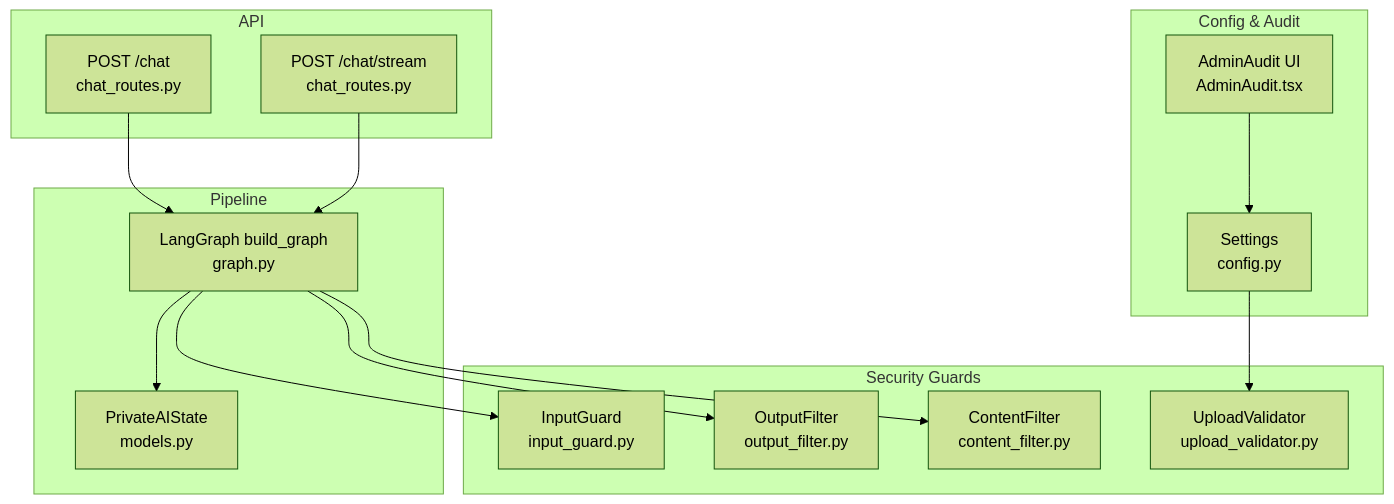
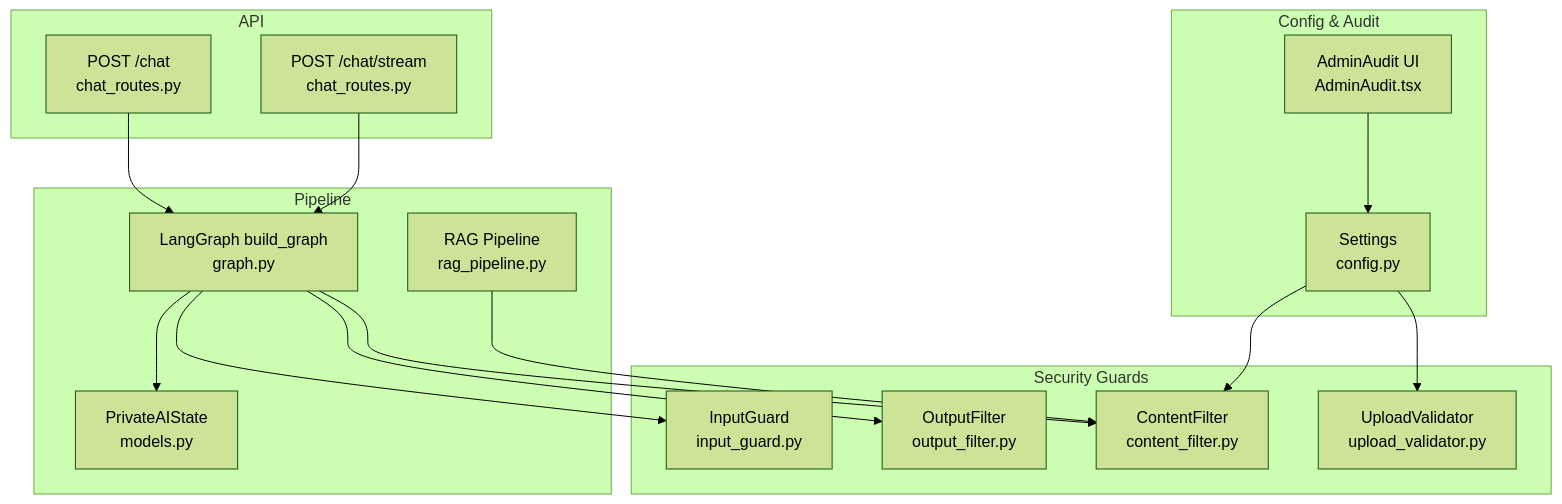
One commit to genes8/private-ai changed the first of 9 diagrams in .qoder/repowiki/en/content/Backend Development/Security and Middleware/Content Filtering.md. Above: the diagram before and after it, drawn with Mermaid (forest theme). The commit also changed other lines of this file and 55 other files, not shown here.

````diff
--- a/.qoder/repowiki/en/content/Backend Development/Security and Middleware/Content Filtering.md
+++ b/.qoder/repowiki/en/content/Backend Development/Security and Middleware/Content Filtering.md
@@ -41,29 +51,32 @@
 ```mermaid
 graph TB
 subgraph "Security Guards"
 IG["InputGuard<br/>input_guard.py"]
 OF["OutputFilter<br/>output_filter.py"]
 CF["ContentFilter<br/>content_filter.py"]
 UV["UploadValidator<br/>upload_validator.py"]
 end
 subgraph "Pipeline"
 G["LangGraph build_graph<br/>graph.py"]
 ST["PrivateAIState<br/>models.py"]
+RP["RAG Pipeline<br/>rag_pipeline.py"]
 end
 subgraph "API"
 CR["POST /chat<br/>chat_routes.py"]
 CSR["POST /chat/stream<br/>chat_routes.py"]
 end
 subgraph "Config & Audit"
 CFG["Settings<br/>config.py"]
 AUD["AdminAudit UI<br/>AdminAudit.tsx"]
 end
 CR --> G
 CSR --> G
 G --> IG
 G --> CF
 G --> OF
 G --> ST
 CFG --> UV
+CFG --> CF
 AUD --> CFG
+RP --> CF
 ```
````
